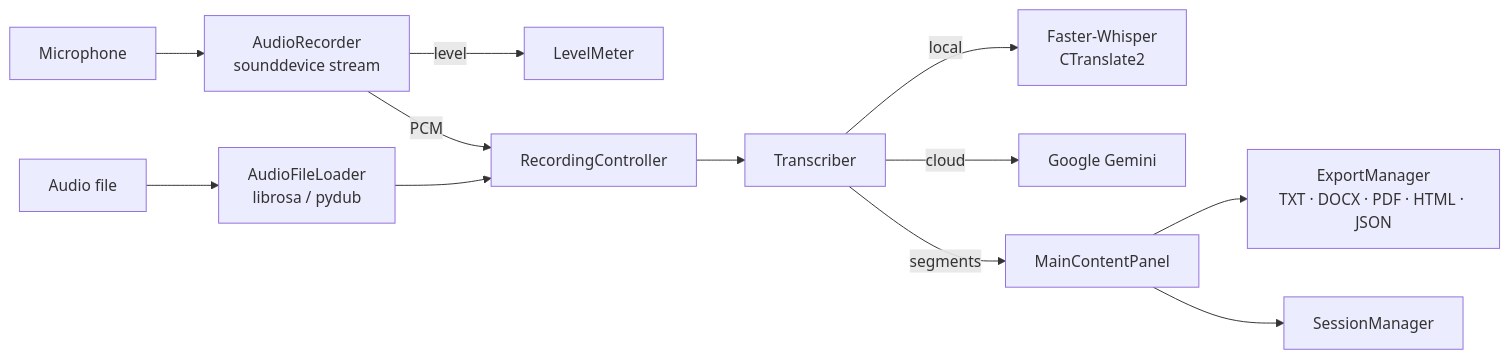
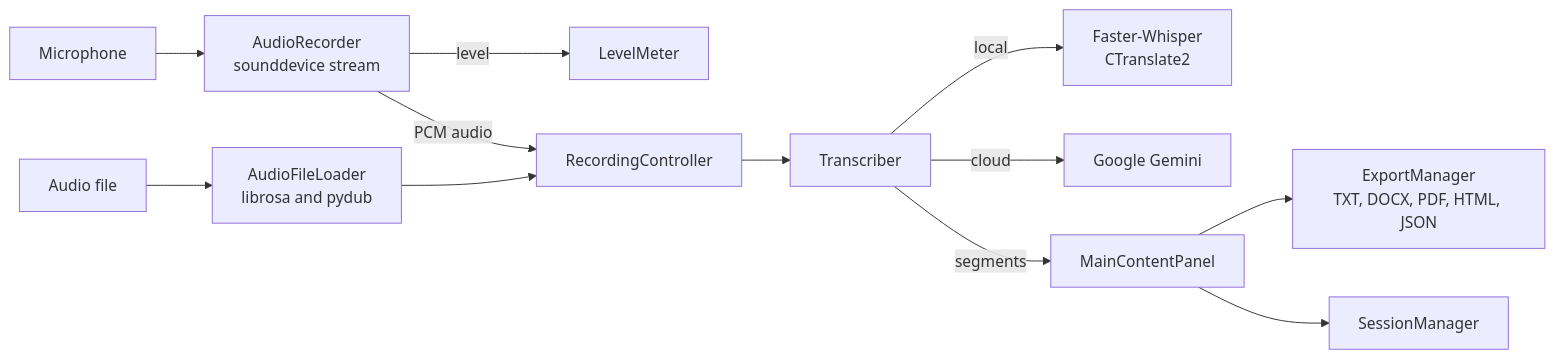
Before and after one commit to DevUAsim/Tasjeel-Public: the diagram in README.md, drawn with Mermaid.

Commit message:
docs: update architecture flowchart nodes and labels in README

````diff
--- a/README.md
+++ b/README.md
@@ -54,14 +54,14 @@
 ```mermaid
 flowchart LR
-    Mic[Microphone] --> Recorder[AudioRecorder<br/>sounddevice stream]
-    File[Audio file] --> Loader[AudioFileLoader<br/>librosa / pydub]
-    Recorder -->|level| Meter[LevelMeter]
-    Recorder -->|PCM| Controller[RecordingController]
-    Loader --> Controller
-    Controller --> Transcriber
-    Transcriber -->|local| Whisper[Faster-Whisper<br/>CTranslate2]
-    Transcriber -->|cloud| Gemini[Google Gemini]
-    Transcriber -->|segments| UI[MainContentPanel]
-    UI --> Export[ExportManager<br/>TXT · DOCX · PDF · HTML · JSON]
-    UI --> Sessions[SessionManager]
+    mic["Microphone"] --> recorder["AudioRecorder<br/>sounddevice stream"]
+    audiofile["Audio file"] --> loader["AudioFileLoader<br/>librosa and pydub"]
+    recorder -->|"level"| meter["LevelMeter"]
+    recorder -->|"PCM audio"| controller["RecordingController"]
+    loader --> controller
+    controller --> transcriber["Transcriber"]
+    transcriber -->|"local"| whisper["Faster-Whisper<br/>CTranslate2"]
+    transcriber -->|"cloud"| gemini["Google Gemini"]
+    transcriber -->|"segments"| panel["MainContentPanel"]
+    panel --> exporter["ExportManager<br/>TXT, DOCX, PDF, HTML, JSON"]
+    panel --> sessions["SessionManager"]
 ```
````
